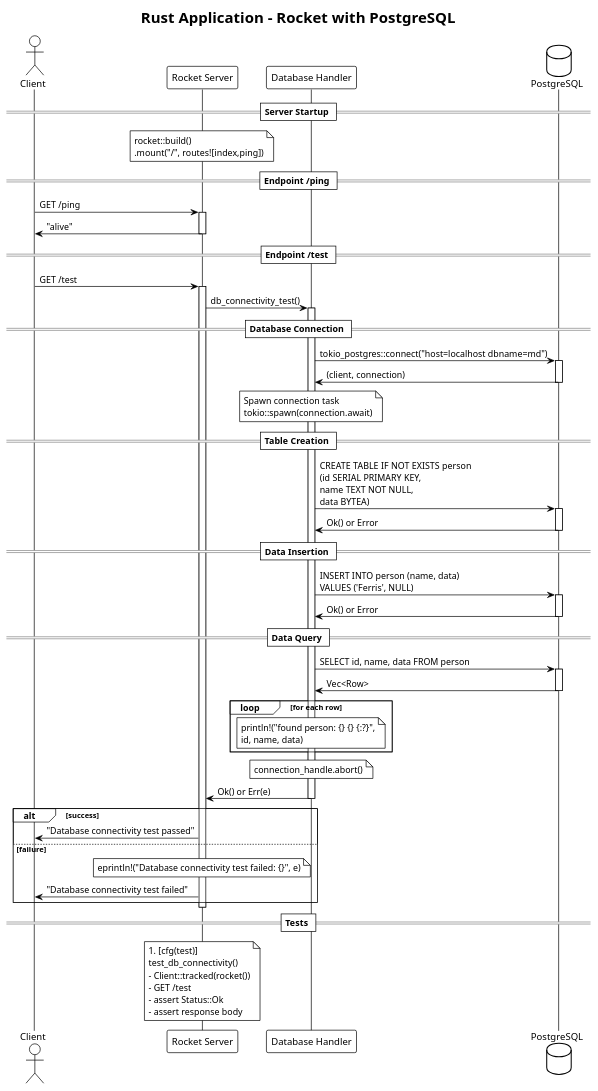
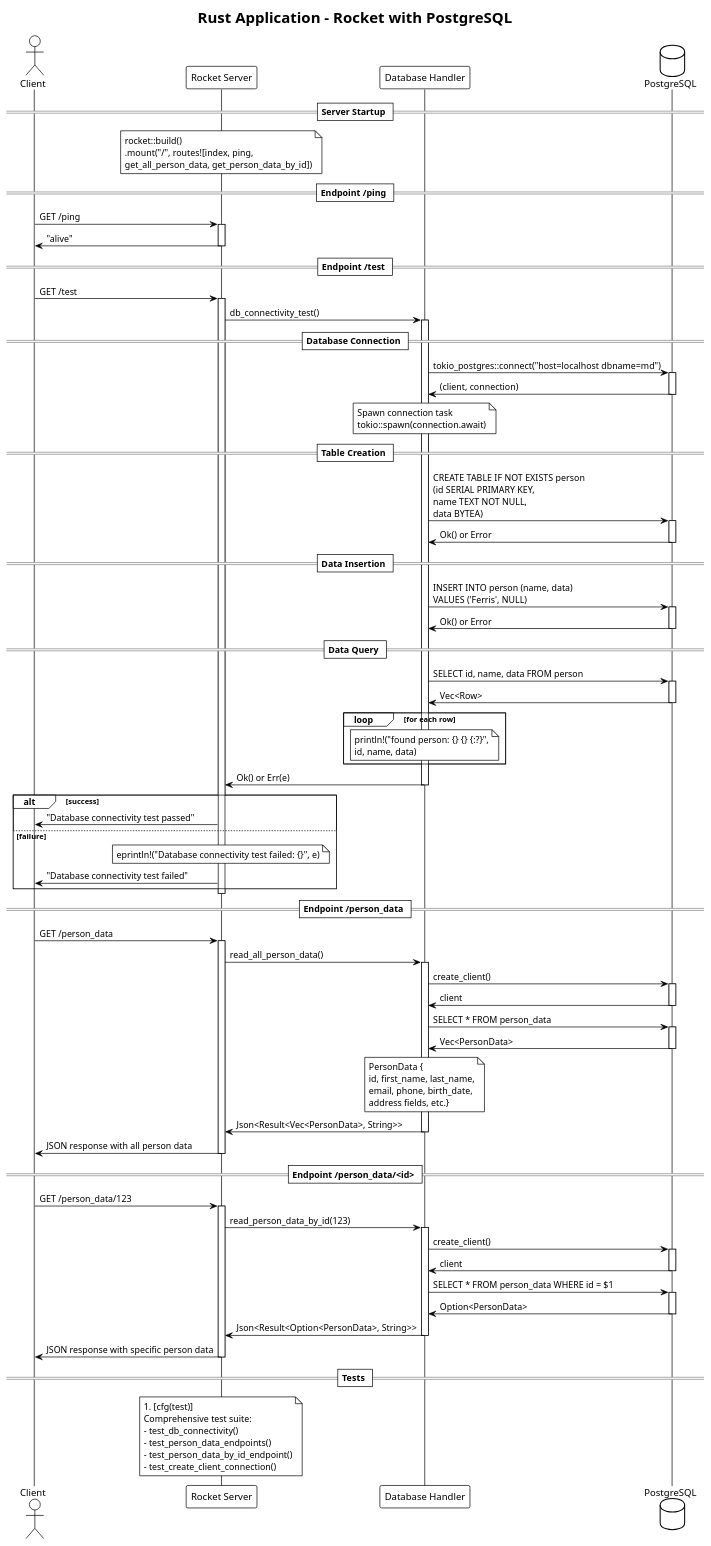
One commit to DieuDuHub/chat changed the diagram in pgbo/architecture.puml. Above: the diagram before and after it, drawn with PlantUML. The commit also changed 7 other files, not shown here.

```diff
--- a/pgbo/architecture.puml
+++ b/pgbo/architecture.puml
@@ -1,72 +1,114 @@
 @startuml
 !theme plain
 title Rust Application - Rocket with PostgreSQL
 
 actor Client as C
 participant "Rocket Server" as RS
 participant "Database Handler" as DH
 database PostgreSQL as DB
 
 == Server Startup ==
-note over RS: rocket::build()\n.mount("/", routes![index,ping])
+note over RS: rocket::build()\n.mount("/", routes![index, ping,\nget_all_person_data, get_person_data_by_id])
 
 == Endpoint /ping ==
 C -> RS: GET /ping
 activate RS
 RS -> C: "alive"
 deactivate RS
 
 == Endpoint /test ==
 C -> RS: GET /test
 activate RS
 RS -> DH: db_connectivity_test()
 activate DH
 
 == Database Connection ==
 DH -> DB: tokio_postgres::connect("host=localhost dbname=md")
 activate DB
 DB -> DH: (client, connection)
 deactivate DB
 
 note over DH: Spawn connection task\ntokio::spawn(connection.await)
 
 == Table Creation ==
 DH -> DB: CREATE TABLE IF NOT EXISTS person\n(id SERIAL PRIMARY KEY,\nname TEXT NOT NULL,\ndata BYTEA)
 activate DB
 DB -> DH: Ok() or Error
 deactivate DB
 
 == Data Insertion ==
 DH -> DB: INSERT INTO person (name, data)\nVALUES ('Ferris', NULL)
 activate DB
 DB -> DH: Ok() or Error
 deactivate DB
 
 == Data Query ==
 DH -> DB: SELECT id, name, data FROM person
 activate DB
 DB -> DH: Vec<Row>
 deactivate DB
 
 loop for each row
     note over DH: println!("found person: {} {} {:?}",\nid, name, data)
 end
 
-note over DH: connection_handle.abort()
-
 DH -> RS: Ok() or Err(e)
 deactivate DH
 
 alt success
     RS -> C: "Database connectivity test passed"
 else failure
     note over RS: eprintln!("Database connectivity test failed: {}", e)
     RS -> C: "Database connectivity test failed"
 end
 
 deactivate RS
 
+== Endpoint /person_data ==
+C -> RS: GET /person_data
+activate RS
+RS -> DH: read_all_person_data()
+activate DH
+
+DH -> DB: create_client()
+activate DB
+DB -> DH: client
+deactivate DB
+
+DH -> DB: SELECT * FROM person_data
+activate DB
+DB -> DH: Vec<PersonData>
+deactivate DB
+
+note over DH: PersonData {\nid, first_name, last_name,\nemail, phone, birth_date,\naddress fields, etc.}
+
+DH -> RS: Json<Result<Vec<PersonData>, String>>
+deactivate DH
+RS -> C: JSON response with all person data
+deactivate RS
+
+== Endpoint /person_data/<id> ==
+C -> RS: GET /person_data/123
+activate RS
+RS -> DH: read_person_data_by_id(123)
+activate DH
+
+DH -> DB: create_client()
+activate DB
+DB -> DH: client
+deactivate DB
+
+DH -> DB: SELECT * FROM person_data WHERE id = $1
+activate DB
+DB -> DH: Option<PersonData>
+deactivate DB
+
+DH -> RS: Json<Result<Option<PersonData>, String>>
+deactivate DH
+RS -> C: JSON response with specific person data
+deactivate RS
+
 == Tests ==
-note over RS: #[cfg(test)]\ntest_db_connectivity()\n- Client::tracked(rocket())\n- GET /test\n- assert Status::Ok\n- assert response body
+note over RS: #[cfg(test)]\nComprehensive test suite:\n- test_db_connectivity()\n- test_person_data_endpoints()\n- test_person_data_by_id_endpoint()\n- test_create_client_connection()
 
 @enduml
```
